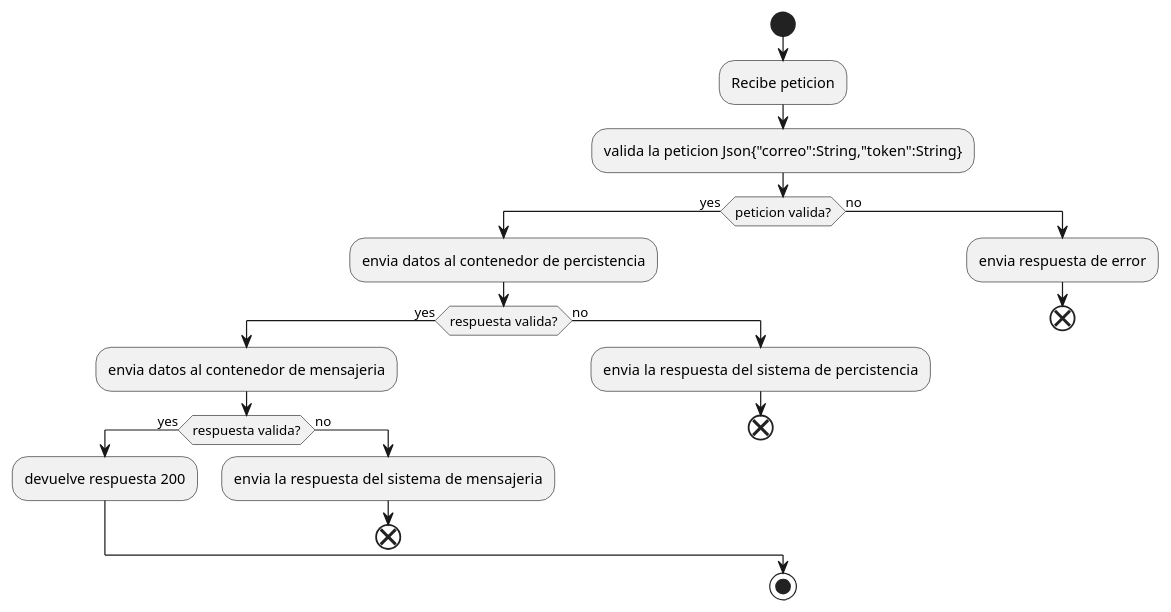
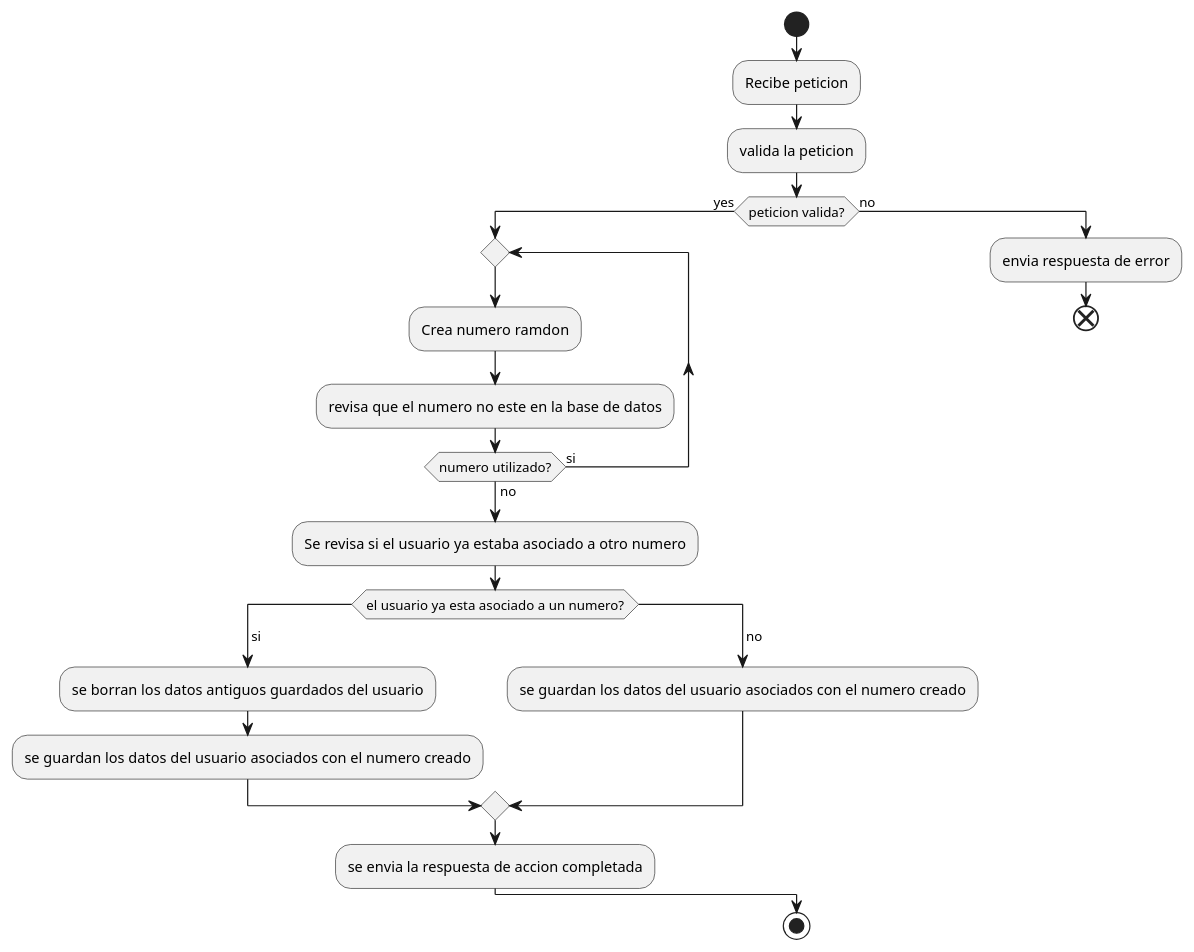
The diagram in .arquitectura/servicios/redisServer/Diagramas de actividad/RutaRegistrar.plantuml (krivxII/Auth-Layer-Service), drawn with PlantUML before and after one commit. The commit also changed other lines of this file, not shown here.

```diff
--- a/.arquitectura/servicios/redisServer/Diagramas de actividad/RutaRegistrar.plantuml
+++ b/.arquitectura/servicios/redisServer/Diagramas de actividad/RutaRegistrar.plantuml
@@ -1,24 +1,30 @@
 @startuml
 start
 :Recibe peticion;
-:valida la peticion Json{"correo":String,"token":String};
+:valida la peticion;
 if (peticion valida?) then (yes)
-  :envia datos al contenedor de percistencia;
-if (respuesta valida?) then (yes)
-  :envia datos al contenedor de mensajeria;
-if (respuesta valida?) then (yes)
-  :devuelve respuesta 200;
-else (no)
-  :envia la  respuesta del sistema de mensajeria;
-  end
-endif
-else (no)
-  :envia la  respuesta del sistema de percistencia;
-  end
-endif
+  
+  repeat
+  :Crea numero ramdon;
+  :revisa que el numero no este en la base de datos;
+  repeat while  (numero utilizado?) is (si) not (no)
+  
+  :Se revisa si el usuario ya estaba asociado a otro numero;
+  switch (el usuario ya esta asociado a un numero?)
+
+  case ( si )
+  :se borran los datos antiguos guardados del usuario;
+  :se guardan los datos del usuario asociados con el numero creado;
+case ( no ) 
+  :se guardan los datos del usuario asociados con el numero creado;
+
+endswitch 
+
+:se envia la respuesta de accion completada;
+
 else (no)
   :envia respuesta de error;
   end
 endif
 stop
 @enduml
```
